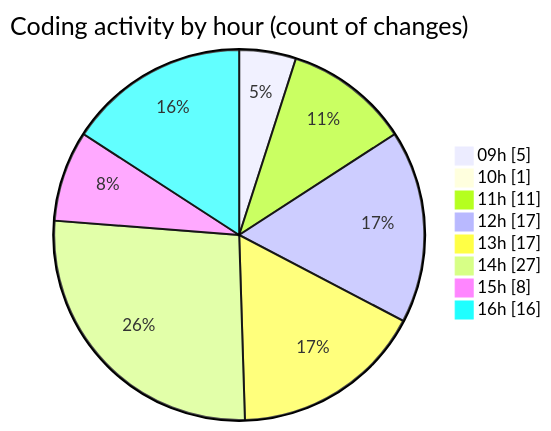
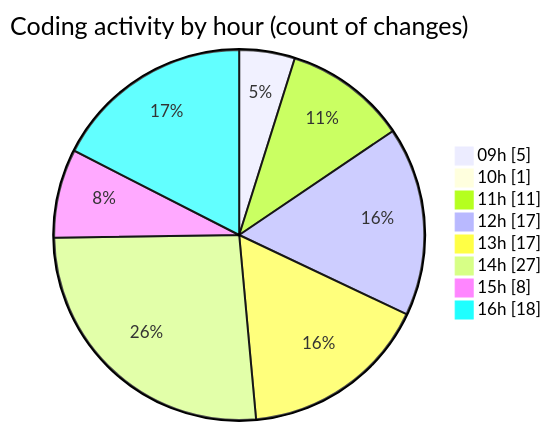
The second of 2 diagrams in 2025-09-04/cda/README.md (momahboobian/code-tracking), drawn with Mermaid before and after one commit. The commit also changed other lines of this file and 1 other file, not shown here.

````diff
--- a/2025-09-04/cda/README.md
+++ b/2025-09-04/cda/README.md
@@ -41,12 +42,12 @@
 ```mermaid
 pie showData
 title Coding activity by hour (count of changes)
 "09h" : 5
 "10h" : 1
 "11h" : 11
 "12h" : 17
 "13h" : 17
 "14h" : 27
 "15h" : 8
-"16h" : 16
+"16h" : 18
 ```
````
